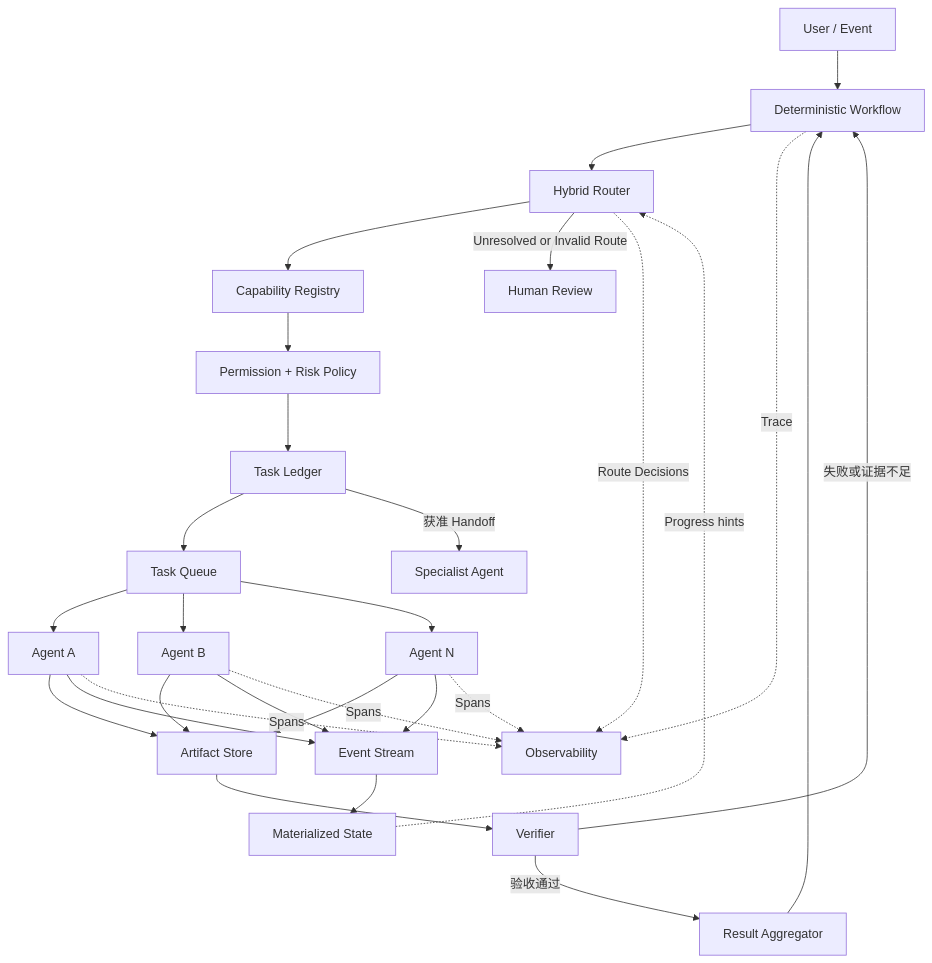
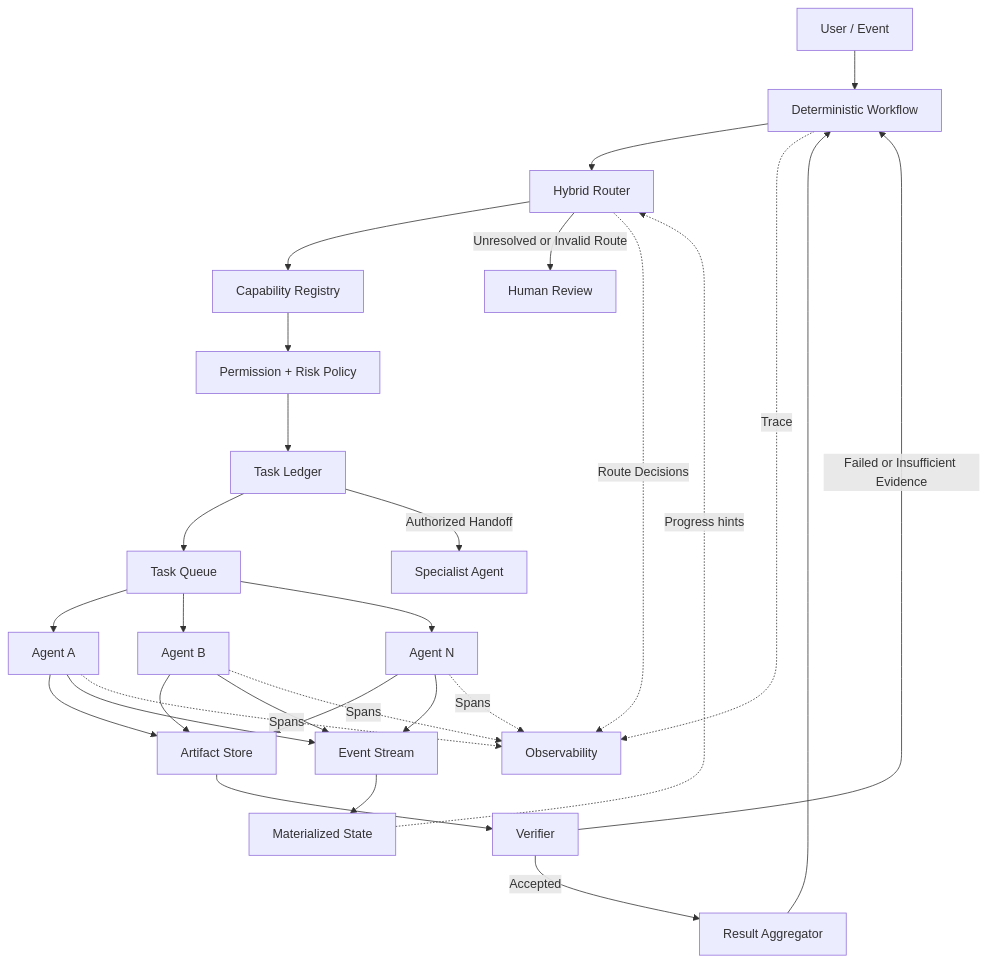
Before and after one commit to oneleaveknowsthefall/awesome-ai-roadmap: diagram 24 of 24 in docs/agent/04-multi-agent/13-multi-agent-coordination.md, drawn with Mermaid. The commit also changed other lines of this file and 68 other files, not shown here.

````diff
--- a/docs/agent/04-multi-agent/13-multi-agent-coordination.md
+++ b/docs/agent/04-multi-agent/13-multi-agent-coordination.md
@@ -1296,38 +1306,38 @@
 ```mermaid
 flowchart TB
     INPUT[User / Event] --> WF[Deterministic Workflow]
     WF --> ROUTER[Hybrid Router]
 
     ROUTER --> REG[Capability Registry]
     REG --> POLICY[Permission + Risk Policy]
     POLICY --> LEDGER[Task Ledger]
 
     LEDGER --> QUEUE[Task Queue]
     QUEUE --> A1[Agent A]
     QUEUE --> A2[Agent B]
     QUEUE --> AN[Agent N]
 
     A1 --> ART[Artifact Store]
     A2 --> ART
     AN --> ART
 
     A1 --> EVENTS[Event Stream]
     A2 --> EVENTS
     AN --> EVENTS
 
     EVENTS --> STATE[Materialized State]
     STATE -.Progress hints.-> ROUTER
     ART --> VERIFY[Verifier]
-    VERIFY -->|验收通过| JOIN[Result Aggregator]
-    VERIFY -->|失败或证据不足| WF
+    VERIFY -->|Accepted| JOIN[Result Aggregator]
+    VERIFY -->|Failed or Insufficient Evidence| WF
     JOIN --> WF
 
-    LEDGER -->|获准 Handoff| SPECIAL[Specialist Agent]
+    LEDGER -->|Authorized Handoff| SPECIAL[Specialist Agent]
     ROUTER -->|Unresolved or Invalid Route| HUMAN[Human Review]
 
     WF -.Trace.-> OBS[Observability]
     ROUTER -.Route Decisions.-> OBS
     A1 -.Spans.-> OBS
     A2 -.Spans.-> OBS
     AN -.Spans.-> OBS
 ```
````
